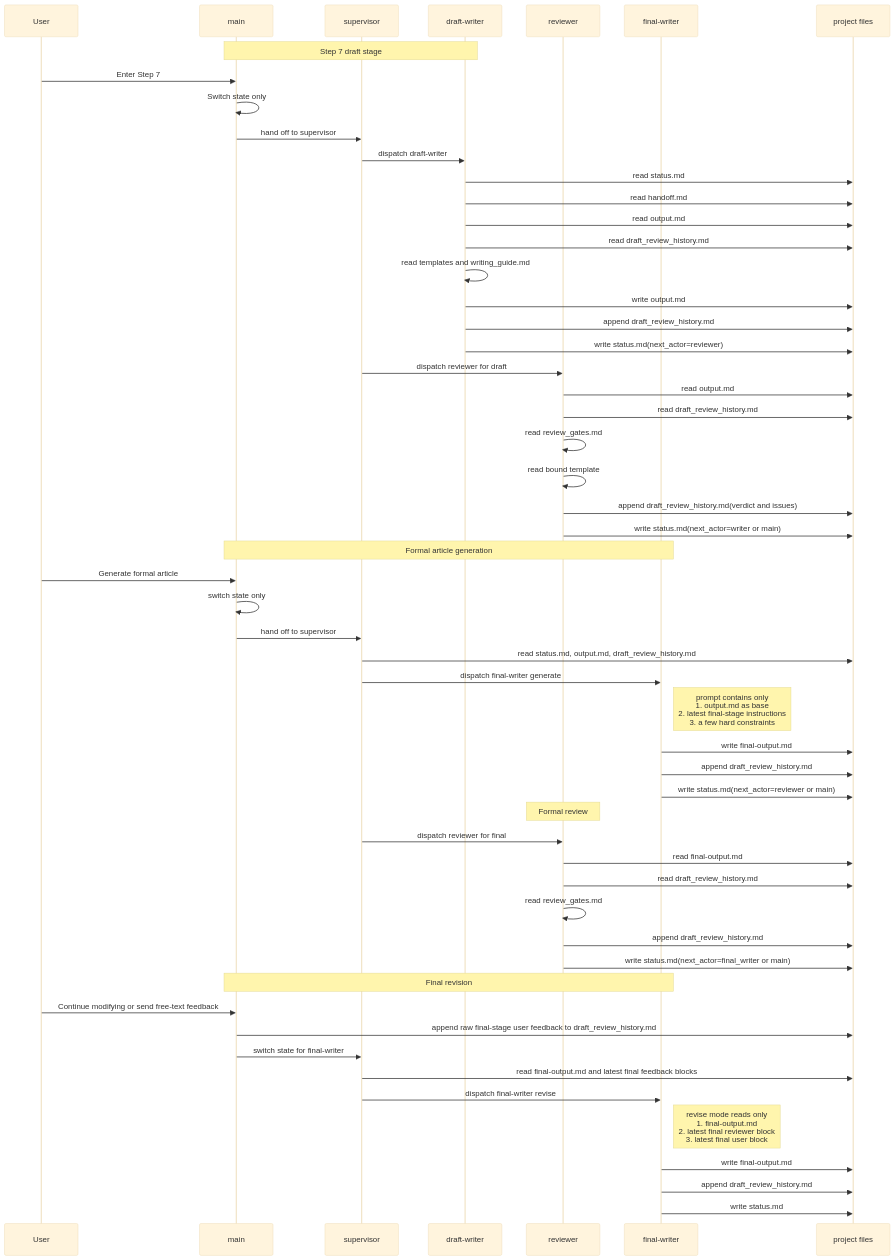
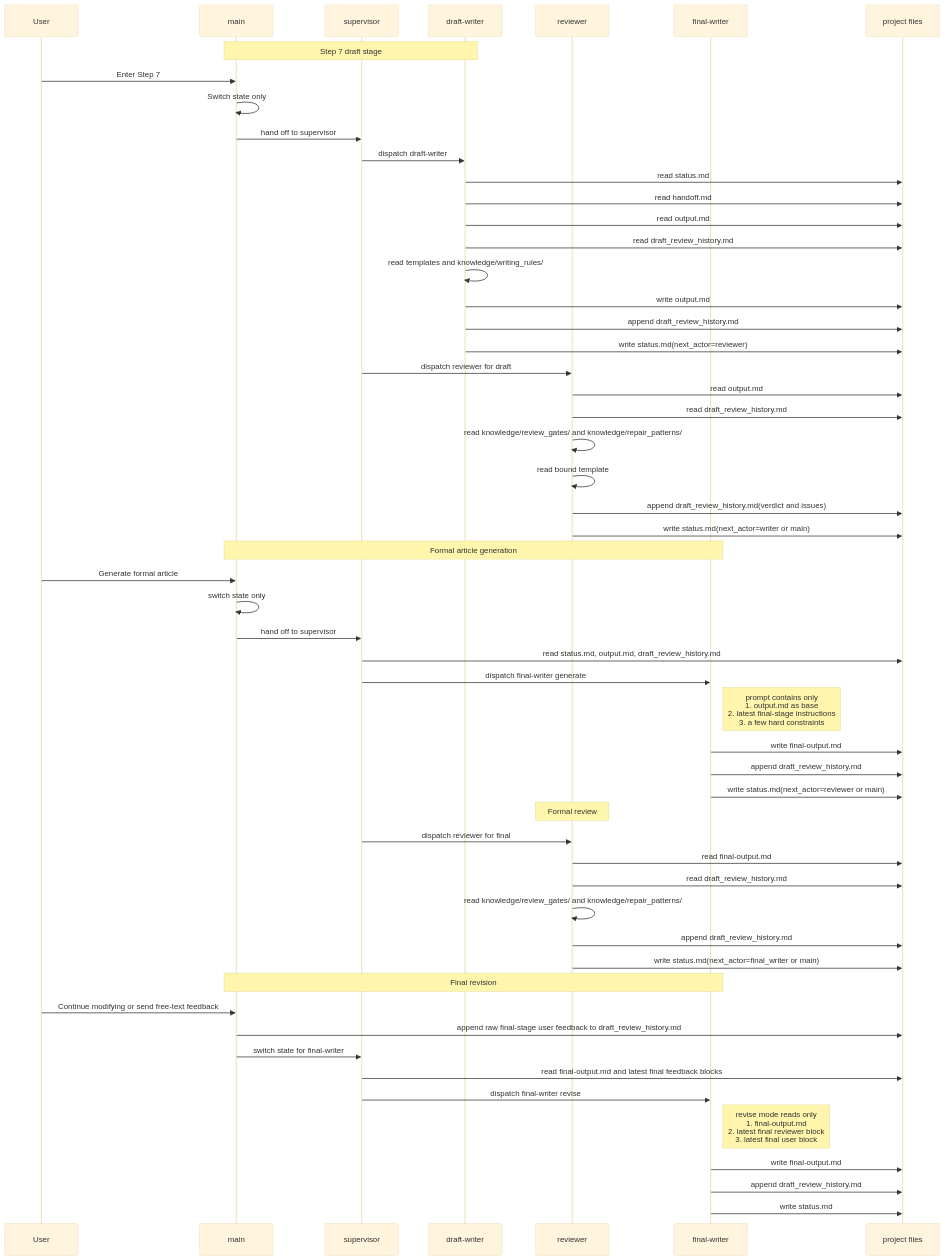
One commit to Jim0xff/deepflow-singularity changed the second of 4 diagrams in docs/SINGULARITY_STEP7_KNOWLEDGE_LOADING.md. Above: the diagram before and after it, drawn with Mermaid (base theme). The commit also changed other lines of this file and 3 other files, not shown here.

````diff
--- a/docs/SINGULARITY_STEP7_KNOWLEDGE_LOADING.md
+++ b/docs/SINGULARITY_STEP7_KNOWLEDGE_LOADING.md
@@ -87,64 +89,64 @@
 ```mermaid
 sequenceDiagram
   participant U as User
   participant M as main
   participant S as supervisor
   participant DW as draft-writer
   participant R as reviewer
   participant FW as final-writer
   participant P as project files
 
   Note over M,DW: Step 7 draft stage
   U->>M: Enter Step 7
   M->>M: Switch state only
   M->>S: hand off to supervisor
 
   S->>DW: dispatch draft-writer
   DW->>P: read status.md
   DW->>P: read handoff.md
   DW->>P: read output.md
   DW->>P: read draft_review_history.md
-  DW->>DW: read templates and writing_guide.md
+  DW->>DW: read templates and knowledge/writing_rules/
   DW->>P: write output.md
   DW->>P: append draft_review_history.md
   DW->>P: write status.md(next_actor=reviewer)
 
   S->>R: dispatch reviewer for draft
   R->>P: read output.md
   R->>P: read draft_review_history.md
-  R->>R: read review_gates.md
+  R->>R: read knowledge/review_gates/ and knowledge/repair_patterns/
   R->>R: read bound template
   R->>P: append draft_review_history.md(verdict and issues)
   R->>P: write status.md(next_actor=writer or main)
 
   Note over M,FW: Formal article generation
   U->>M: Generate formal article
   M->>M: switch state only
   M->>S: hand off to supervisor
 
   S->>P: read status.md, output.md, draft_review_history.md
   S->>FW: dispatch final-writer generate
   Note right of FW: prompt contains only<br/>1. output.md as base<br/>2. latest final-stage instructions<br/>3. a few hard constraints
   FW->>P: write final-output.md
   FW->>P: append draft_review_history.md
   FW->>P: write status.md(next_actor=reviewer or main)
 
   Note over R: Formal review
   S->>R: dispatch reviewer for final
   R->>P: read final-output.md
   R->>P: read draft_review_history.md
-  R->>R: read review_gates.md
+  R->>R: read knowledge/review_gates/ and knowledge/repair_patterns/
   R->>P: append draft_review_history.md
   R->>P: write status.md(next_actor=final_writer or main)
 
   Note over M,FW: Final revision
   U->>M: Continue modifying or send free-text feedback
   M->>P: append raw final-stage user feedback to draft_review_history.md
   M->>S: switch state for final-writer
   S->>P: read final-output.md and latest final feedback blocks
   S->>FW: dispatch final-writer revise
   Note right of FW: revise mode reads only<br/>1. final-output.md<br/>2. latest final reviewer block<br/>3. latest final user block
   FW->>P: write final-output.md
   FW->>P: append draft_review_history.md
   FW->>P: write status.md
 ```
````
